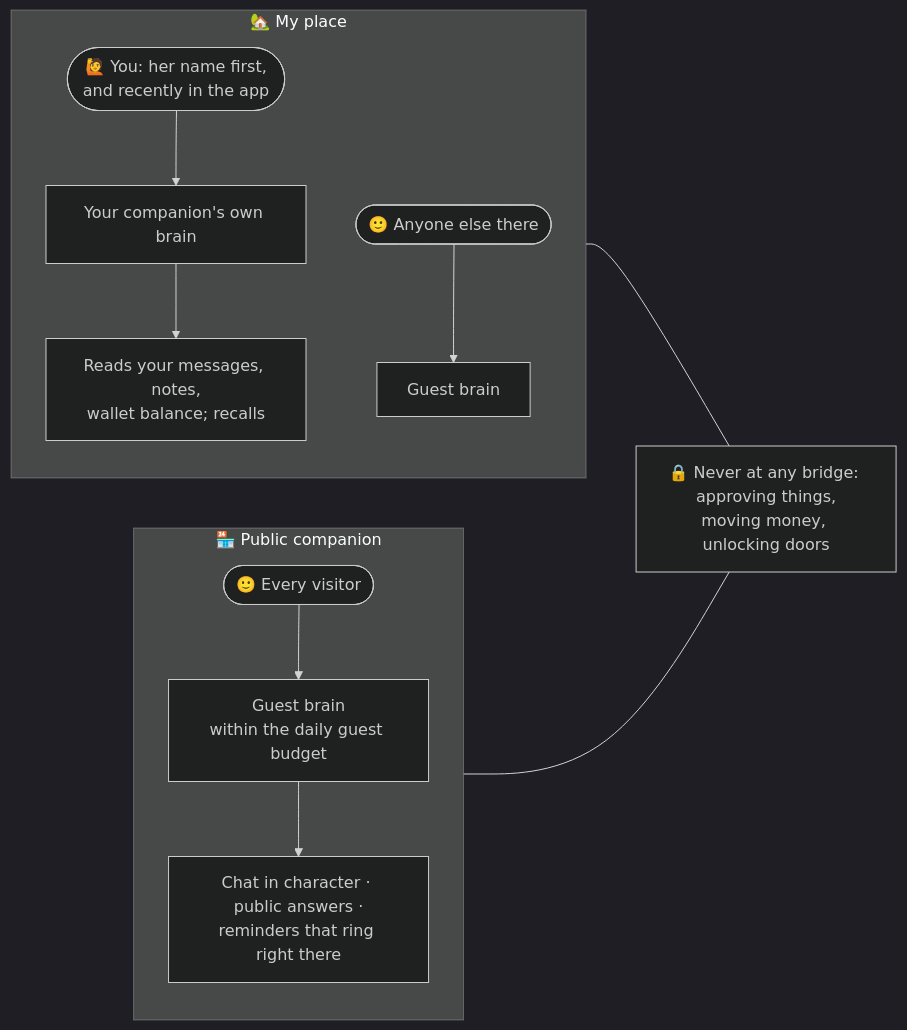
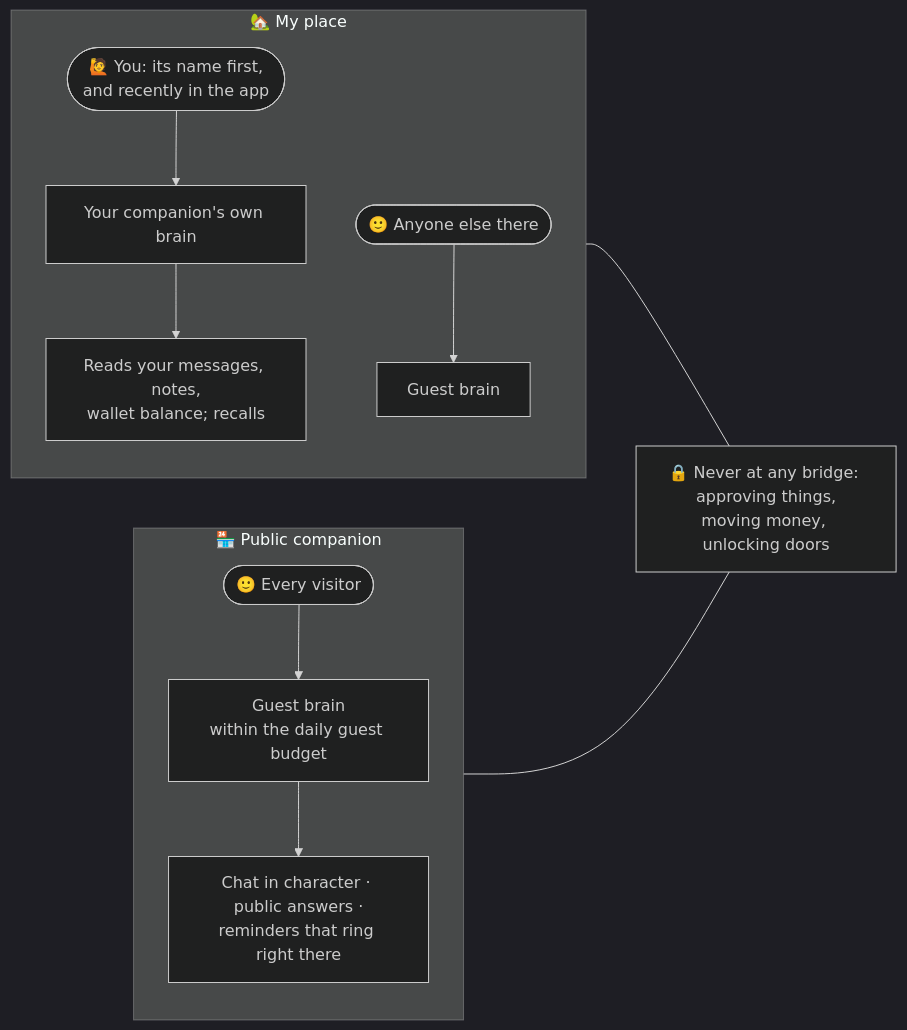
Before and after one commit to Smugandcomfy/waifu-ai-desktop: the seventh of 9 diagrams in docs/NETWORK.md, drawn with Mermaid (dark theme).

Commit message:
NETWORK: 'its name first' (the companion's name, any companion)

````diff
--- a/docs/NETWORK.md
+++ b/docs/NETWORK.md
@@ -228,17 +228,17 @@
 ```mermaid
 flowchart LR
     subgraph MP["🏡 My place"]
         direction TB
-        Y(["🙋 You: her name first,<br/>and recently in the app"]) --> YB["Your companion's own brain"]
+        Y(["🙋 You: its name first,<br/>and recently in the app"]) --> YB["Your companion's own brain"]
         YB --> YR["Reads your messages, notes,<br/>wallet balance; recalls"]
         G1(["🙂 Anyone else there"]) --> GB1["Guest brain"]
     end
     subgraph PUB["🏪 Public companion"]
         direction TB
         V(["🙂 Every visitor"]) --> GB2["Guest brain<br/>within the daily guest budget"]
         GB2 --> VR["Chat in character · public answers ·<br/>reminders that ring right there"]
     end
     LOCK["🔒 Never at any bridge: approving things,<br/>moving money, unlocking doors"]
     MP --- LOCK
     PUB --- LOCK
 ```
````
